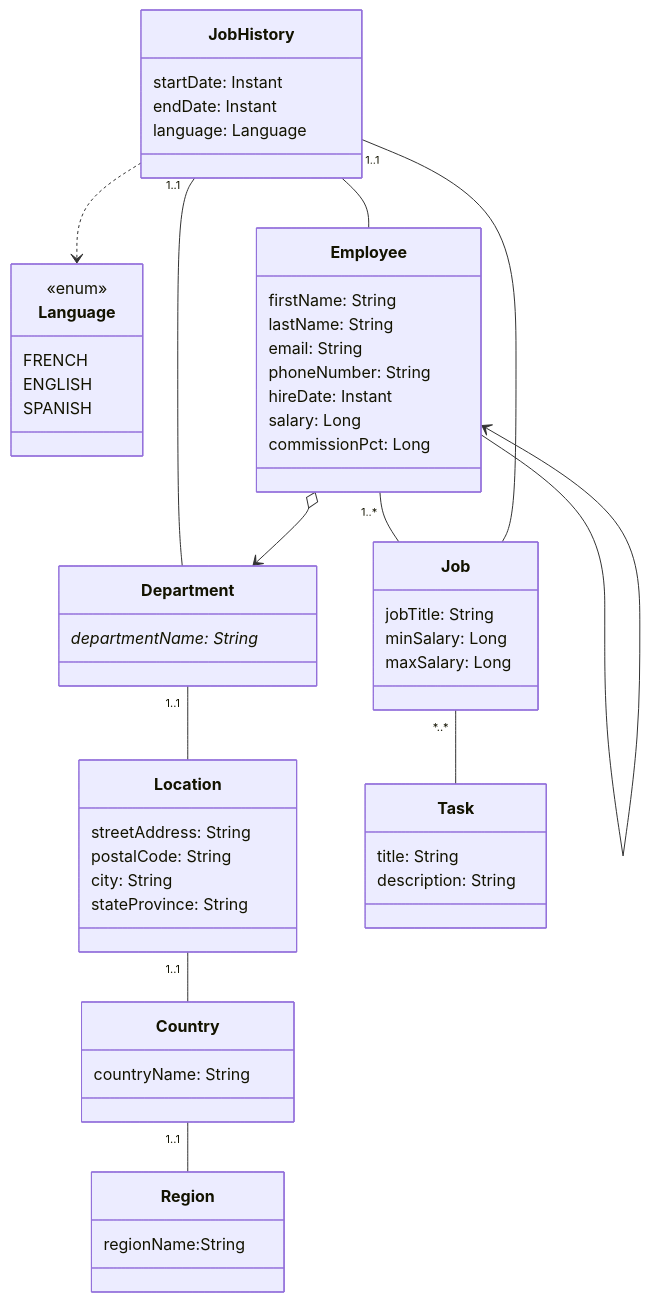
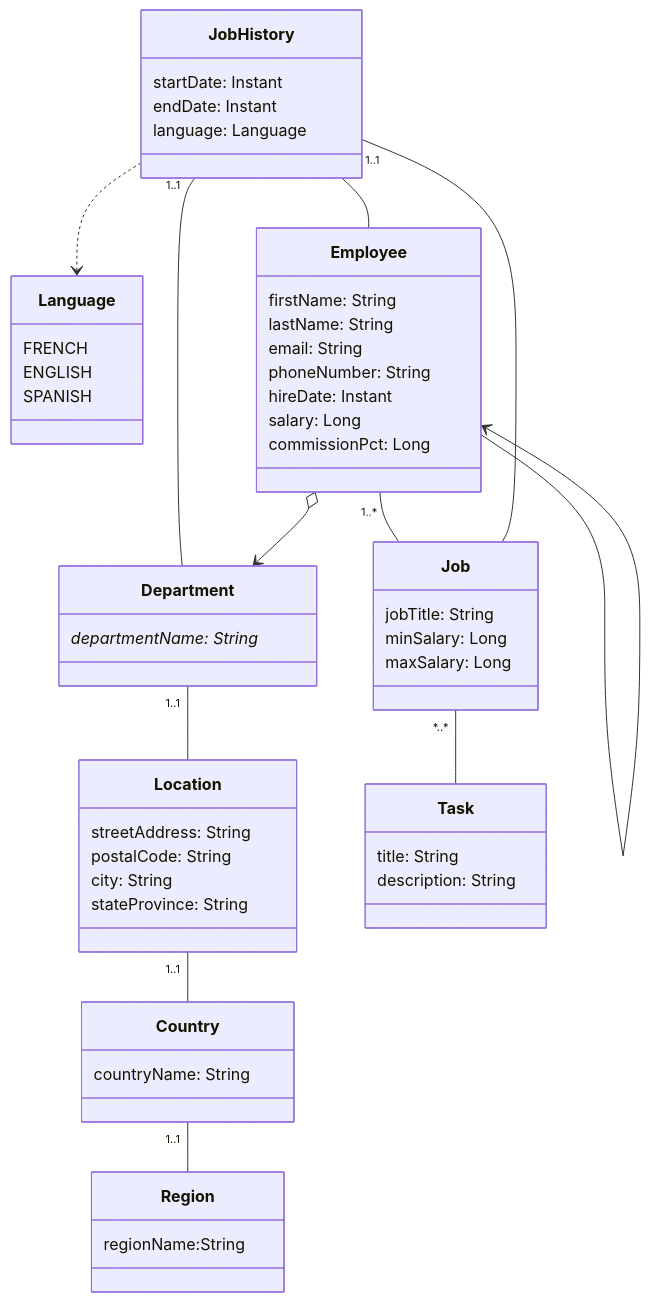
The eighth of 9 diagrams in source/_posts/绘制和使用UML类图.md (wqf31415/wqf31415.github.io), drawn with Mermaid before and after one commit. The commit also changed other lines of this file, not shown here.

Commit message:
:full_moon: 修复类图中使用<<interface>>和<<enum>>导致的渲染错误，修复文章标题层级错误

````diff
--- a/source/_posts/绘制和使用UML类图.md
+++ b/source/_posts/绘制和使用UML类图.md
@@ -175,59 +174,58 @@
 ```mermaid
 classDiagram
 class JobHistory{
 	startDate: Instant
 	endDate: Instant
 	language: Language
 }
 JobHistory ..> Language
 class Language{
-	<<enum>>
 	FRENCH
 	ENGLISH
 	SPANISH
 }
 JobHistory "1..1" -- Department
 class Department{
 	departmentName: String*
 }
 Department "1..1" -- Location
 class Location{
 	streetAddress: String
 	postalCode: String
 	city: String
 	stateProvince: String
 }
 Location "1..1" -- Country
 class Country{
 	countryName: String
 }
 Country "1..1" -- Region
 class Region{
 	regionName:String
 }
 Employee o--> Department
 Employee --> Employee
 class Employee{
 	firstName: String
 	lastName: String
 	email: String
 	phoneNumber: String
 	hireDate: Instant
 	salary: Long
 	commissionPct: Long
 }
 JobHistory -- Employee
 Employee "1..*" -- Job
 class Job{
 	jobTitle: String
 	minSalary: Long
 	maxSalary: Long
 }
 JobHistory "1..1" -- Job
 Job "*..*" -- Task
 class Task{
 	title: String
 	description: String
 }
 
 ```
````
